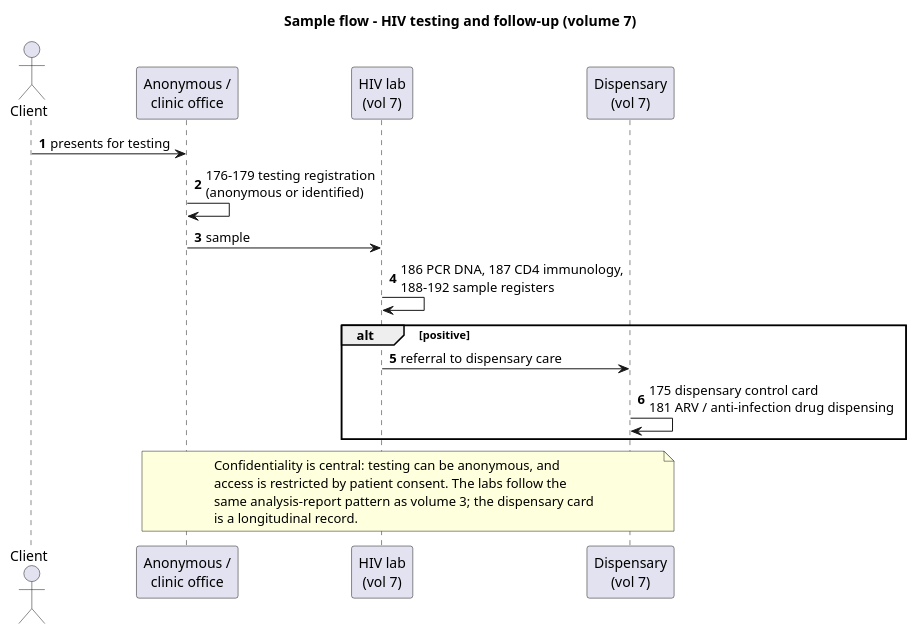
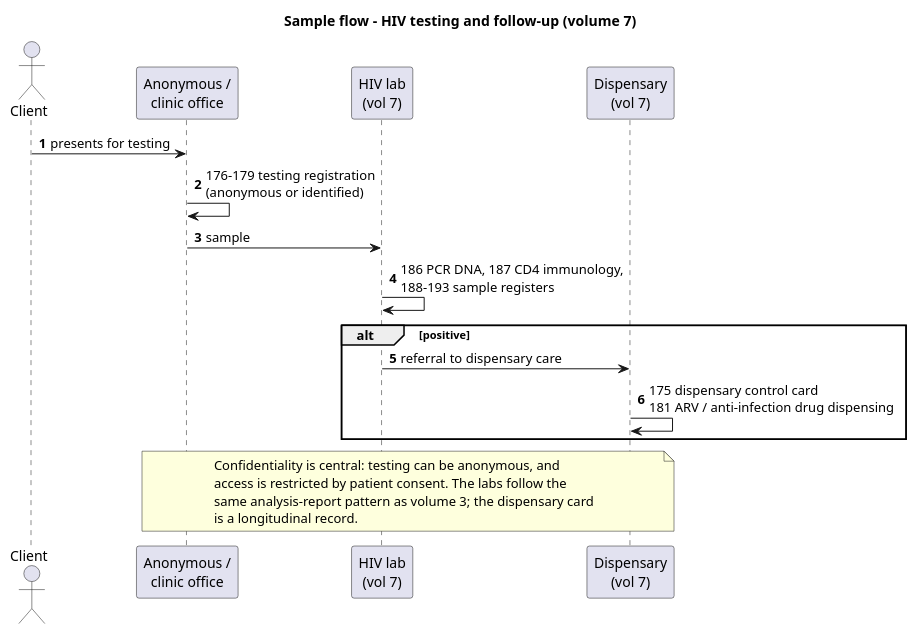
The diagram in input/images-source/forms-vol07-flow.plantuml (uzinfocom-org/digital-health-integration), drawn with PlantUML before and after one commit. The commit also changed 15 other files, not shown here.

Commit message:
Correct form counts, titles, types and diagrams against Order 399 source

```diff
--- a/input/images-source/forms-vol07-flow.plantuml
+++ b/input/images-source/forms-vol07-flow.plantuml
@@ -1,25 +1,25 @@
 @startuml forms-vol07-flow
 title Sample flow - HIV testing and follow-up (volume 7)
 autonumber
 
 actor Client as C
 participant "Anonymous /\nclinic office" as OFF
 participant "HIV lab\n(vol 7)" as LAB
 participant "Dispensary\n(vol 7)" as DISP
 
 C -> OFF : presents for testing
 OFF -> OFF : 176-179 testing registration\n(anonymous or identified)
 OFF -> LAB : sample
-LAB -> LAB : 186 PCR DNA, 187 CD4 immunology,\n188-192 sample registers
+LAB -> LAB : 186 PCR DNA, 187 CD4 immunology,\n188-193 sample registers
 alt positive
   LAB -> DISP : referral to dispensary care
   DISP -> DISP : 175 dispensary control card\n181 ARV / anti-infection drug dispensing
 end
 
 note over OFF, DISP
   Confidentiality is central: testing can be anonymous, and
   access is restricted by patient consent. The labs follow the
   same analysis-report pattern as volume 3; the dispensary card
   is a longitudinal record.
 end note
 @enduml
```
